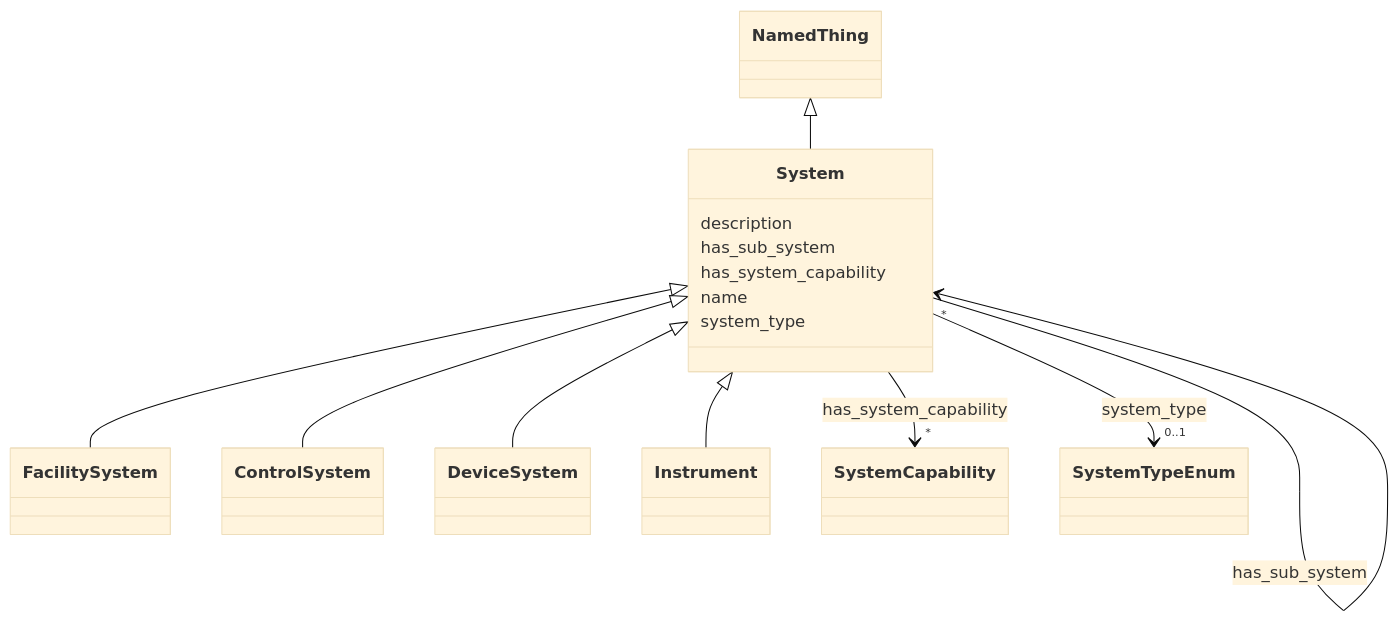
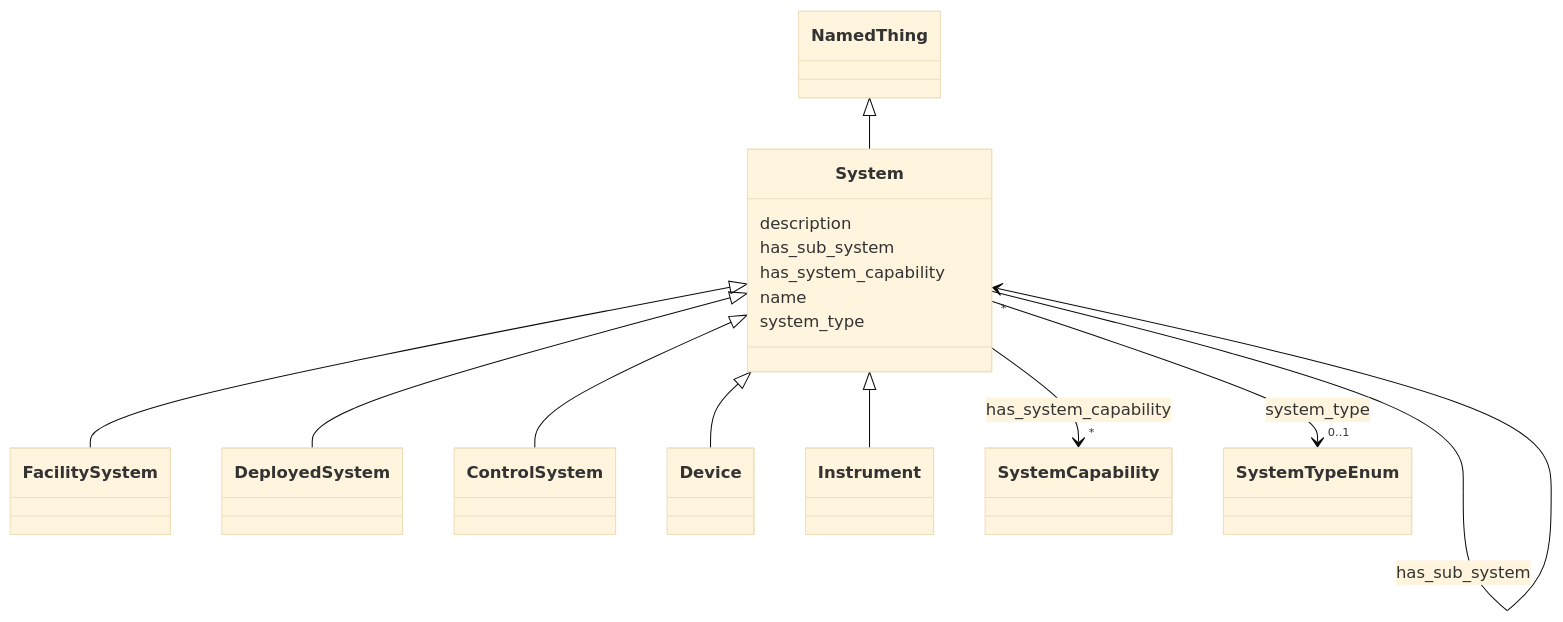
The diagram in docs/elements/System.md (pals-project/pals-facility-config), drawn with Mermaid (base theme) before and after one commit. The commit also changed other lines of this file and 133 other files, not shown here.

Commit message:
Updated documentation, project files, pydantic defintion, and the schema to correctly represent the relationships in the NARAD schema/ontology

````diff
--- a/docs/elements/System.md
+++ b/docs/elements/System.md
@@ -20,57 +20,59 @@
 ```mermaid
  classDiagram
     class System
     click System href "../System/"
       NamedThing <|-- System
         click NamedThing href "../NamedThing/"
       
 
       System <|-- FacilitySystem
         click FacilitySystem href "../FacilitySystem/"
+      System <|-- DeployedSystem
+        click DeployedSystem href "../DeployedSystem/"
       System <|-- ControlSystem
         click ControlSystem href "../ControlSystem/"
-      System <|-- DeviceSystem
-        click DeviceSystem href "../DeviceSystem/"
+      System <|-- Device
+        click Device href "../Device/"
       System <|-- Instrument
         click Instrument href "../Instrument/"
       
 
       System : description
         
       System : has_sub_system
         
           
     
         
         
         System --> "*" System : has_sub_system
         click System href "../System/"
     
 
         
       System : has_system_capability
         
           
     
         
         
         System --> "*" SystemCapability : has_system_capability
         click SystemCapability href "../SystemCapability/"
     
 
         
       System : name
         
       System : system_type
         
           
     
         
         
         System --> "0..1" SystemTypeEnum : system_type
         click SystemTypeEnum href "../SystemTypeEnum/"
     
 
         
       
 ```
````
